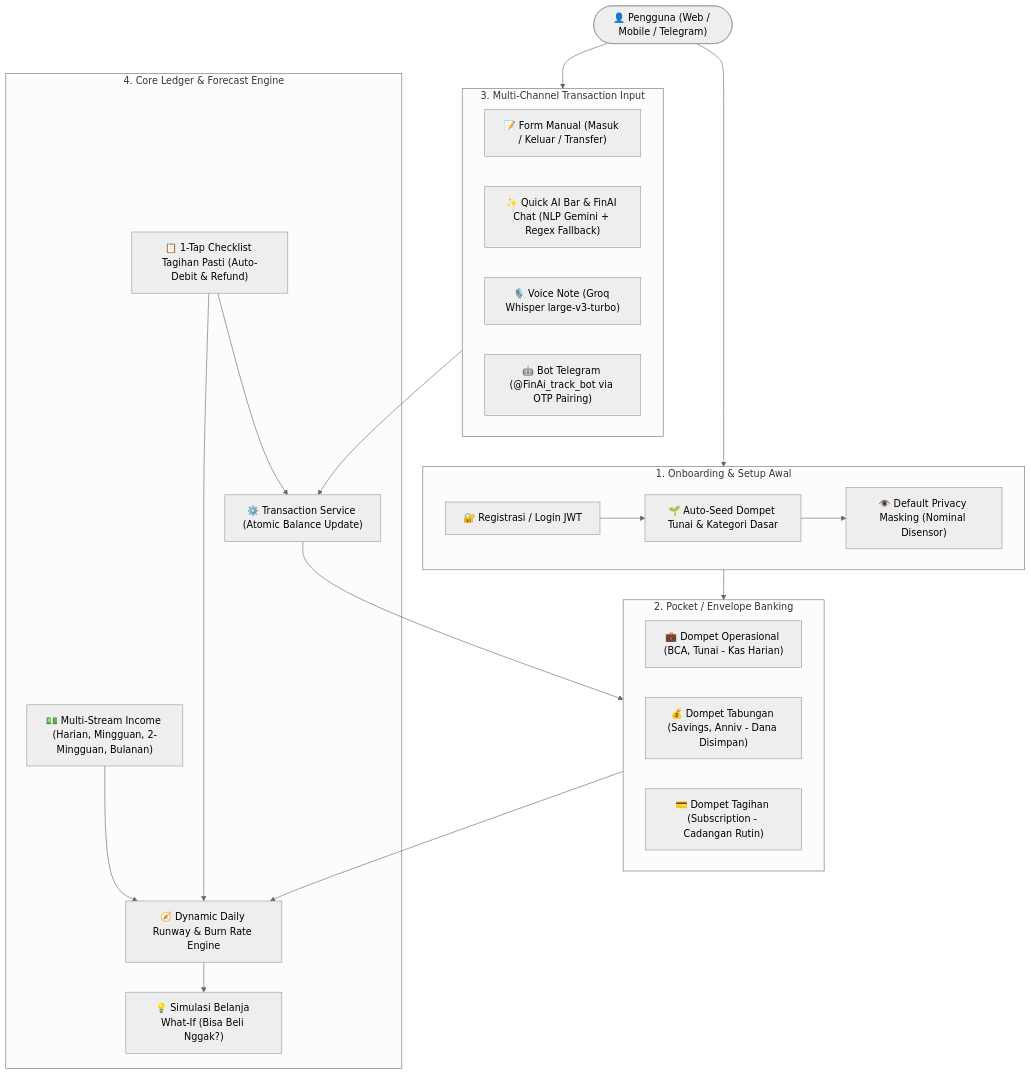
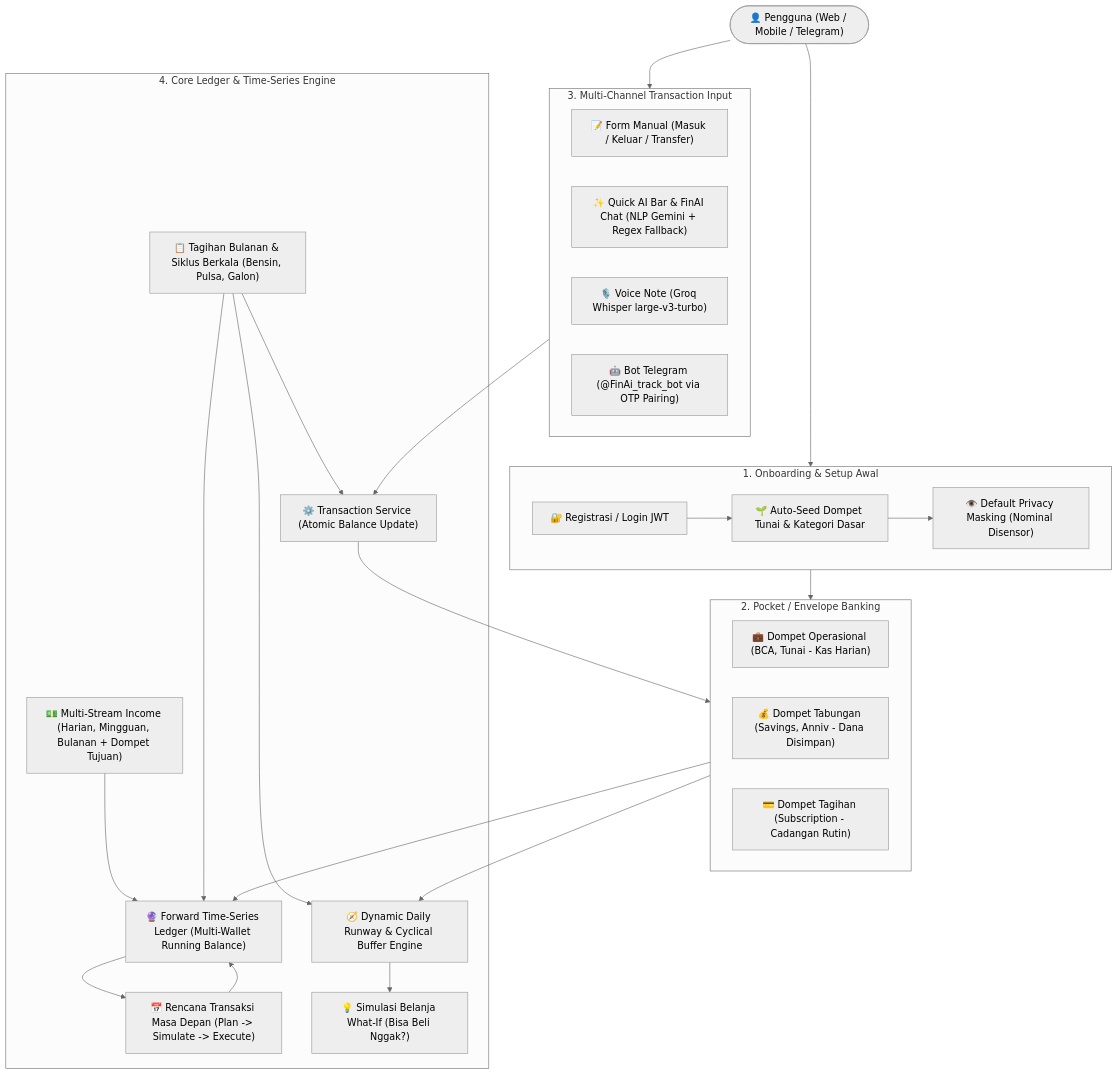
The first of 4 diagrams in prd.md (stewfiin/KRSI-FinAI-Track), drawn with Mermaid (neutral theme) before and after one commit. The commit also changed other lines of this file and 1 other file, not shown here.

Commit message:
simulator rentang waktu & rencana transaksi

````diff
--- a/prd.md
+++ b/prd.md
@@ -22,43 +22,49 @@
 ```mermaid
 flowchart TD
     User(["👤 Pengguna (Web / Mobile / Telegram)"])
 
     subgraph Onboarding["1. Onboarding & Setup Awal"]
         Auth["🔐 Registrasi / Login JWT"]
         Seed["🌱 Auto-Seed Dompet Tunai & Kategori Dasar"]
         Privacy["👁️ Default Privacy Masking (Nominal Disensor)"]
         Auth --> Seed --> Privacy
     end
 
     subgraph Envelope["2. Pocket / Envelope Banking"]
         W_Op["💼 Dompet Operasional (BCA, Tunai - Kas Harian)"]
         W_Sav["💰 Dompet Tabungan (Savings, Anniv - Dana Disimpan)"]
         W_Sub["💳 Dompet Tagihan (Subscription - Cadangan Rutin)"]
     end
 
     subgraph InputChannels["3. Multi-Channel Transaction Input"]
         Manual["📝 Form Manual (Masuk / Keluar / Transfer)"]
         AIChat["✨ Quick AI Bar & FinAI Chat (NLP Gemini + Regex Fallback)"]
         Voice["🎙️ Voice Note (Groq Whisper large-v3-turbo)"]
         TeleBot["🤖 Bot Telegram (@FinAi_track_bot via OTP Pairing)"]
     end
 
-    subgraph CoreEngine["4. Core Ledger & Forecast Engine"]
+    subgraph CoreEngine["4. Core Ledger & Time-Series Engine"]
         TxService["⚙️ Transaction Service (Atomic Balance Update)"]
-        FixedToggle["📋 1-Tap Checklist Tagihan Pasti (Auto-Debit & Refund)"]
-        MultiIncome["💵 Multi-Stream Income (Harian, Mingguan, 2-Mingguan, Bulanan)"]
-        RunwayCalc["🧭 Dynamic Daily Runway & Burn Rate Engine"]
+        FixedToggle["📋 Tagihan Bulanan & Siklus Berkala (Bensin, Pulsa, Galon)"]
+        MultiIncome["💵 Multi-Stream Income (Harian, Mingguan, Bulanan + Dompet Tujuan)"]
+        PlannedTx["📅 Rencana Transaksi Masa Depan (Plan -> Simulate -> Execute)"]
+        RunwayCalc["🧭 Dynamic Daily Runway & Cyclical Buffer Engine"]
+        TimeSeriesLedger["🔮 Forward Time-Series Ledger (Multi-Wallet Running Balance)"]
         Simulator["💡 Simulasi Belanja What-If (Bisa Beli Nggak?)"]
     end
 
     User --> Onboarding
     Onboarding --> Envelope
     User --> InputChannels
     InputChannels --> TxService
     TxService --> Envelope
     Envelope --> RunwayCalc
-    MultiIncome --> RunwayCalc
+    Envelope --> TimeSeriesLedger
+    MultiIncome --> TimeSeriesLedger
+    FixedToggle --> TimeSeriesLedger
+    PlannedTx --> TimeSeriesLedger
     FixedToggle --> TxService
     FixedToggle --> RunwayCalc
     RunwayCalc --> Simulator
+    TimeSeriesLedger --> PlannedTx
 ```
````
